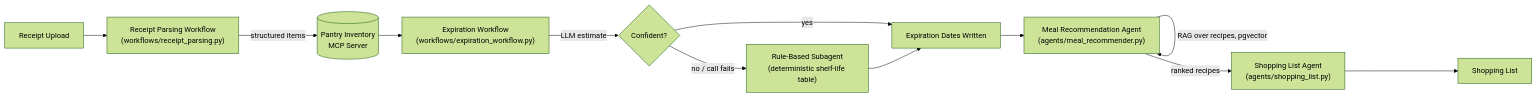
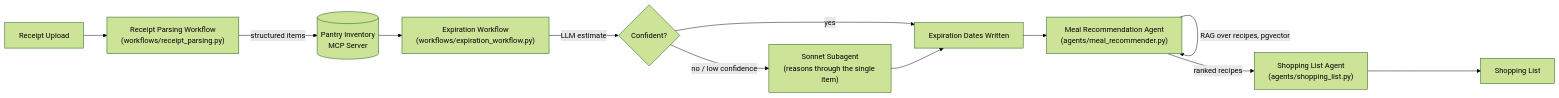
One commit to Git-Vaibhavkhanna21/mealmind changed the diagram in README.md. Above: the diagram before and after it, drawn with Mermaid (forest theme). The commit also changed other lines of this file and 10 other files, not shown here.

````diff
--- a/README.md
+++ b/README.md
@@ -75,14 +75,14 @@
 ```mermaid
 flowchart LR
     A[Receipt Upload] --> B["Receipt Parsing Workflow\n(workflows/receipt_parsing.py)"]
     B -->|structured items| C[(Pantry Inventory\nMCP Server)]
     C --> D["Expiration Workflow\n(workflows/expiration_workflow.py)"]
     D -->|LLM estimate| E{Confident?}
     E -->|yes| F[Expiration Dates Written]
-    E -->|no / call fails| G["Rule-Based Subagent\n(deterministic shelf-life table)"]
+    E -->|no / low confidence| G["Sonnet Subagent\n(reasons through the single item)"]
     G --> F
     F --> H["Meal Recommendation Agent\n(agents/meal_recommender.py)"]
     H -->|RAG over recipes, pgvector| H
     H -->|ranked recipes| I["Shopping List Agent\n(agents/shopping_list.py)"]
     I --> J[Shopping List]
 ```
````
